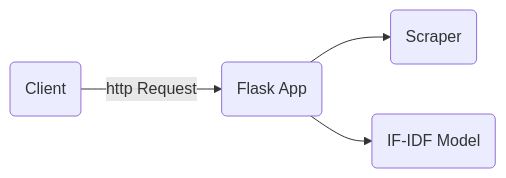
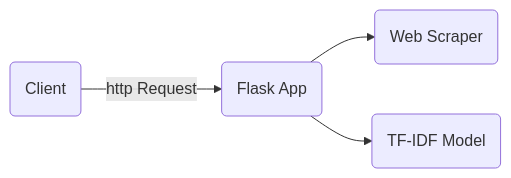
Before and after one commit to JehuSilva/tfidf-website-ranker: the diagram in README.md, drawn with Mermaid. The commit also changed other lines of this file, not shown here.

````diff
--- a/README.md
+++ b/README.md
@@ -5,6 +8,6 @@
 ```mermaid
 graph LR
 A(Client) -- http Request --> B(Flask App)
-B(Flask App) --> C(Scraper)
-B(Flask App) --> D(IF-IDF Model)
+B(Flask App) --> C(Web Scraper)
+B(Flask App) --> D(TF-IDF Model)
 ```
````
